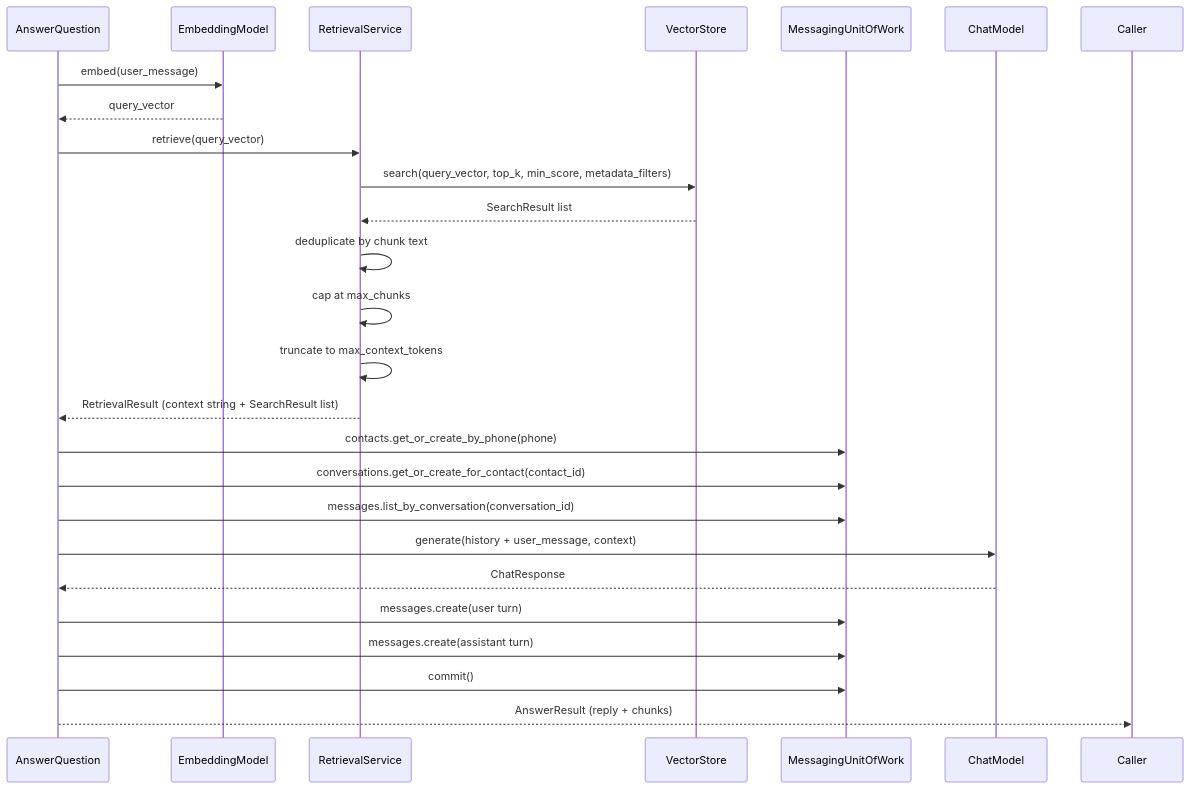
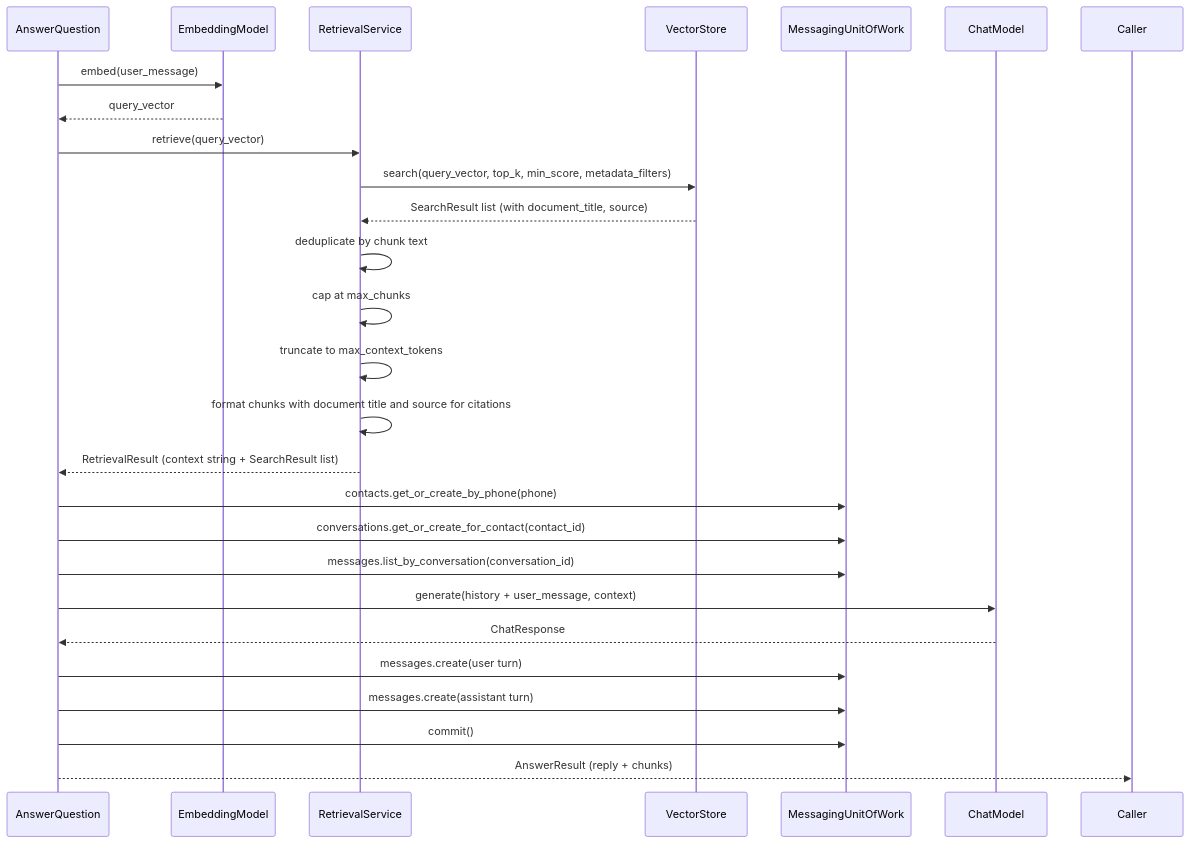
Before and after one commit to camercadop/knowledge-support-ai-agent: the first of 2 diagrams in app/application/support/README.md, drawn with Mermaid. The commit also changed 20 other files, not shown here.

Commit message:
feat: enhance chunk retrieval with document title and source metadata

````diff
--- a/app/application/support/README.md
+++ b/app/application/support/README.md
@@ -31,28 +31,29 @@
 ```mermaid
 sequenceDiagram
     participant UC as AnswerQuestion
     participant Embed as EmbeddingModel
     participant RS as RetrievalService
     participant VS as VectorStore
     participant UoW as MessagingUnitOfWork
     participant LLM as ChatModel
 
     UC->>Embed: embed(user_message)
     Embed-->>UC: query_vector
     UC->>RS: retrieve(query_vector)
     RS->>VS: search(query_vector, top_k, min_score, metadata_filters)
-    VS-->>RS: SearchResult list
+    VS-->>RS: SearchResult list (with document_title, source)
     RS->>RS: deduplicate by chunk text
     RS->>RS: cap at max_chunks
     RS->>RS: truncate to max_context_tokens
+    RS->>RS: format chunks with document title and source for citations
     RS-->>UC: RetrievalResult (context string + SearchResult list)
     UC->>UoW: contacts.get_or_create_by_phone(phone)
     UC->>UoW: conversations.get_or_create_for_contact(contact_id)
     UC->>UoW: messages.list_by_conversation(conversation_id)
     UC->>LLM: generate(history + user_message, context)
     LLM-->>UC: ChatResponse
     UC->>UoW: messages.create(user turn)
     UC->>UoW: messages.create(assistant turn)
     UC->>UoW: commit()
     UC-->>Caller: AnswerResult (reply + chunks)
 ```
````
